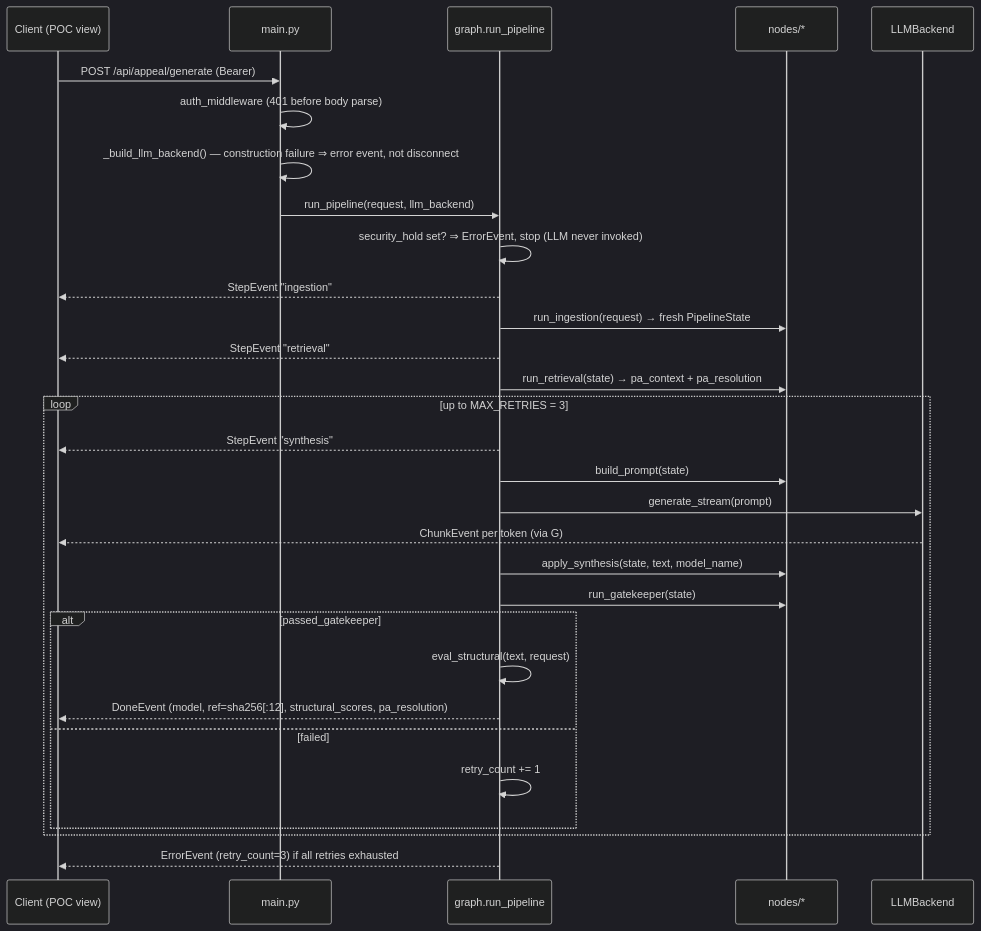
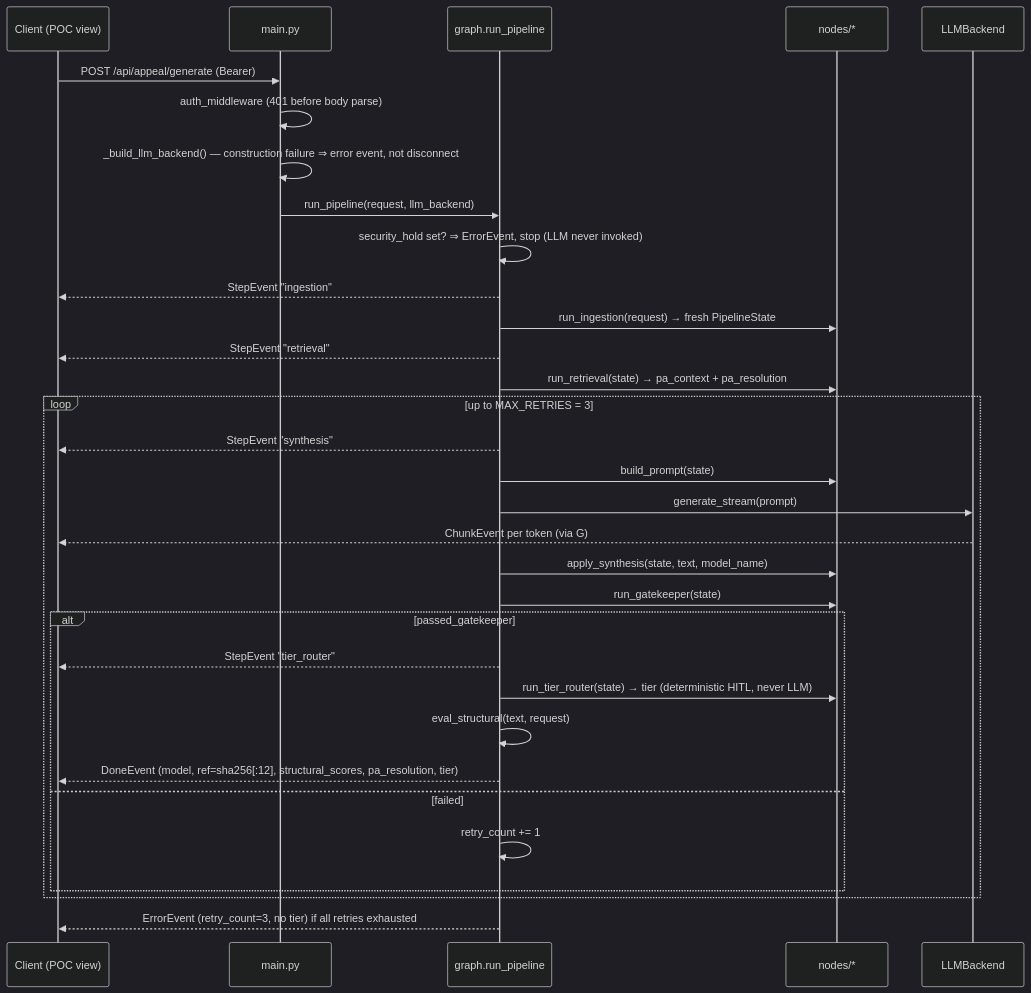
The second of 2 diagrams in docs/architecture/02-backend-architecture.md (mcruz90/paxos-demo), drawn with Mermaid (dark theme) before and after one commit. The commit also changed other lines of this file and 2 other files, not shown here.

First line of the commit message:
docs(architecture): 02/05/10 — TierRouter wired on gatekeeper-pass path (S3 Slice 3, in-series)

````diff
--- a/docs/architecture/02-backend-architecture.md
+++ b/docs/architecture/02-backend-architecture.md
@@ -68,33 +69,35 @@
 ```mermaid
 sequenceDiagram
     participant C as Client (POC view)
     participant M as main.py
     participant G as graph.run_pipeline
     participant N as nodes/*
     participant L as LLMBackend
 
     C->>M: POST /api/appeal/generate (Bearer)
     M->>M: auth_middleware (401 before body parse)
     M->>M: _build_llm_backend() — construction failure ⇒ error event, not disconnect
     M->>G: run_pipeline(request, llm_backend)
     G->>G: security_hold set? ⇒ ErrorEvent, stop (LLM never invoked)
     G-->>C: StepEvent "ingestion"
     G->>N: run_ingestion(request) → fresh PipelineState
     G-->>C: StepEvent "retrieval"
     G->>N: run_retrieval(state) → pa_context + pa_resolution
     loop up to MAX_RETRIES = 3
         G-->>C: StepEvent "synthesis"
         G->>N: build_prompt(state)
         G->>L: generate_stream(prompt)
         L-->>C: ChunkEvent per token (via G)
         G->>N: apply_synthesis(state, text, model_name)
         G->>N: run_gatekeeper(state)
         alt passed_gatekeeper
+            G-->>C: StepEvent "tier_router"
+            G->>N: run_tier_router(state) → tier (deterministic HITL, never LLM)
             G->>G: eval_structural(text, request)
-            G-->>C: DoneEvent (model, ref=sha256[:12], structural_scores, pa_resolution)
+            G-->>C: DoneEvent (model, ref=sha256[:12], structural_scores, pa_resolution, tier)
         else failed
             G->>G: retry_count += 1
         end
     end
-    G-->>C: ErrorEvent (retry_count=3) if all retries exhausted
+    G-->>C: ErrorEvent (retry_count=3, no tier) if all retries exhausted
 ```
````
